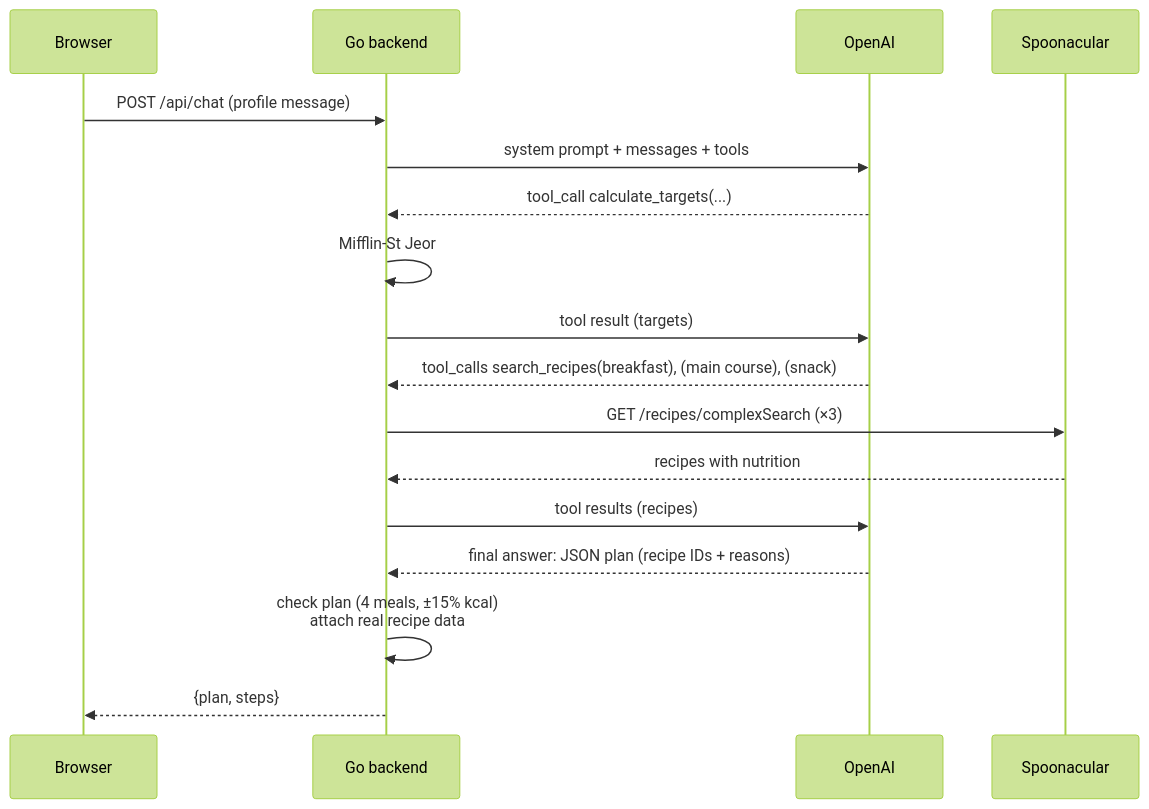
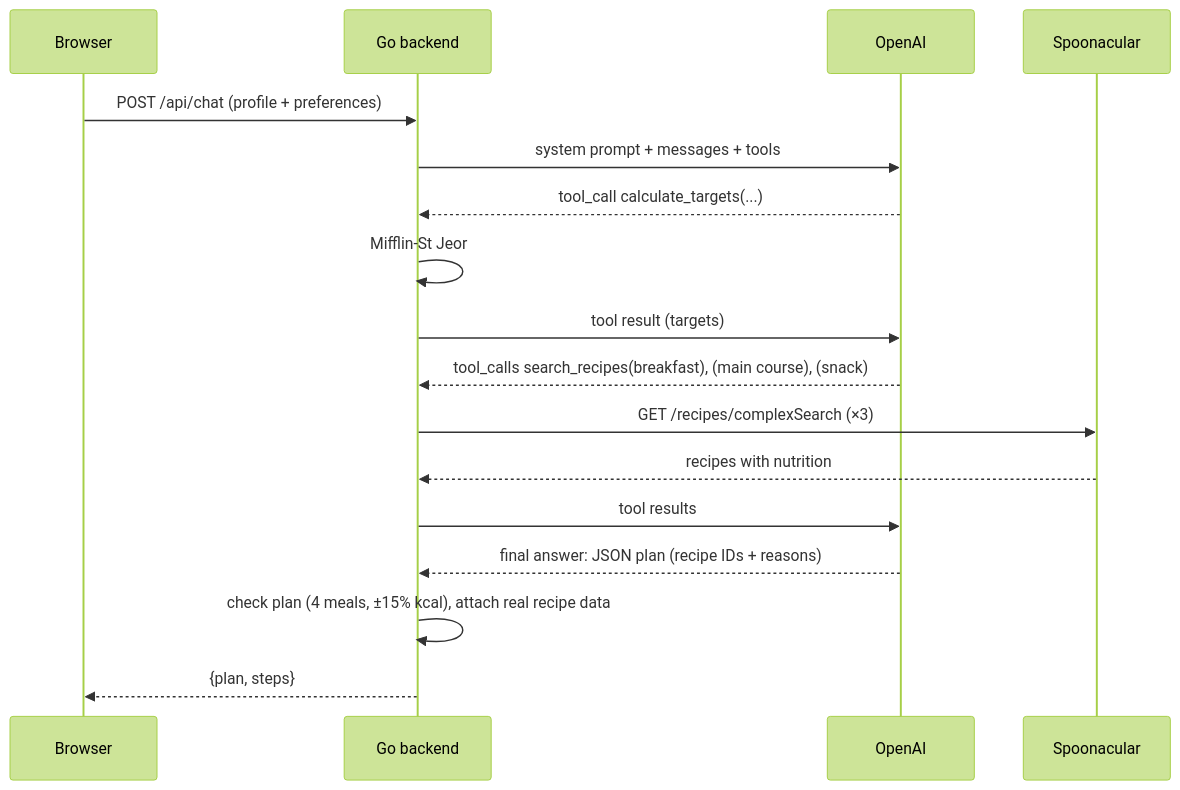
One commit to tonyc973/ai-nutrition-agent changed the third of 4 diagrams in README.md. Above: the diagram before and after it, drawn with Mermaid (forest theme). The commit also changed other lines of this file and 33 other files, not shown here.

````diff
--- a/README.md
+++ b/README.md
@@ -99,19 +170,19 @@
 ```mermaid
 sequenceDiagram
     participant U as Browser
     participant G as Go backend
     participant O as OpenAI
     participant S as Spoonacular
-    U->>G: POST /api/chat (profile message)
+    U->>G: POST /api/chat (profile + preferences)
     G->>O: system prompt + messages + tools
     O-->>G: tool_call calculate_targets(...)
     G->>G: Mifflin-St Jeor
     G->>O: tool result (targets)
     O-->>G: tool_calls search_recipes(breakfast), (main course), (snack)
     G->>S: GET /recipes/complexSearch (×3)
     S-->>G: recipes with nutrition
-    G->>O: tool results (recipes)
+    G->>O: tool results
     O-->>G: final answer: JSON plan (recipe IDs + reasons)
-    G->>G: check plan (4 meals, ±15% kcal)<br/>attach real recipe data
+    G->>G: check plan (4 meals, ±15% kcal), attach real recipe data
     G-->>U: {plan, steps}
 ```
````
